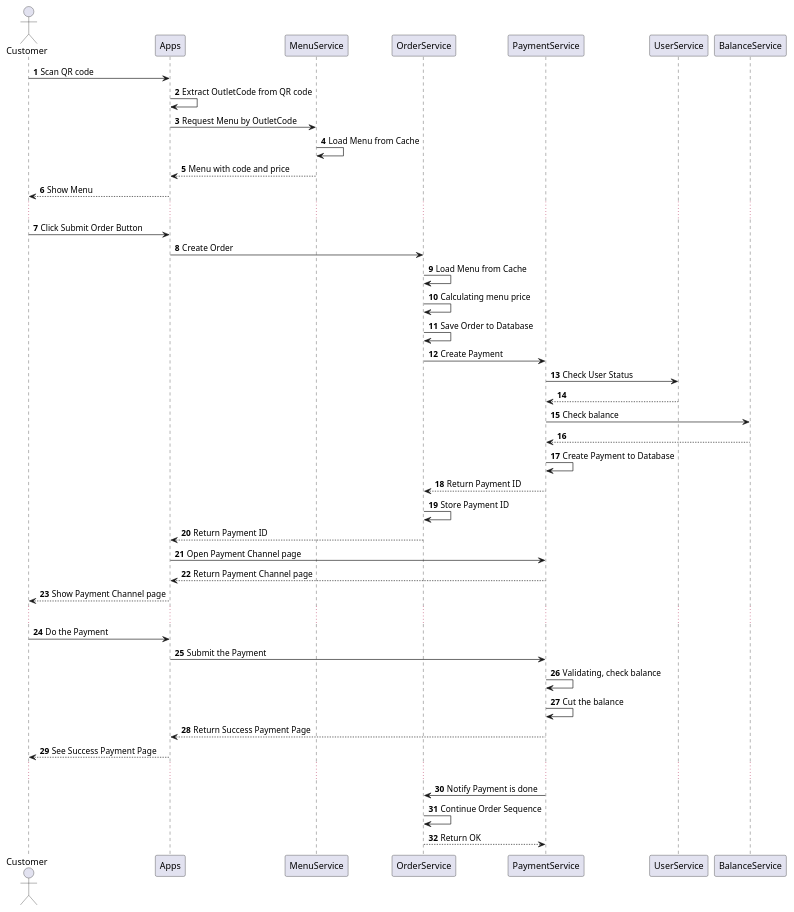
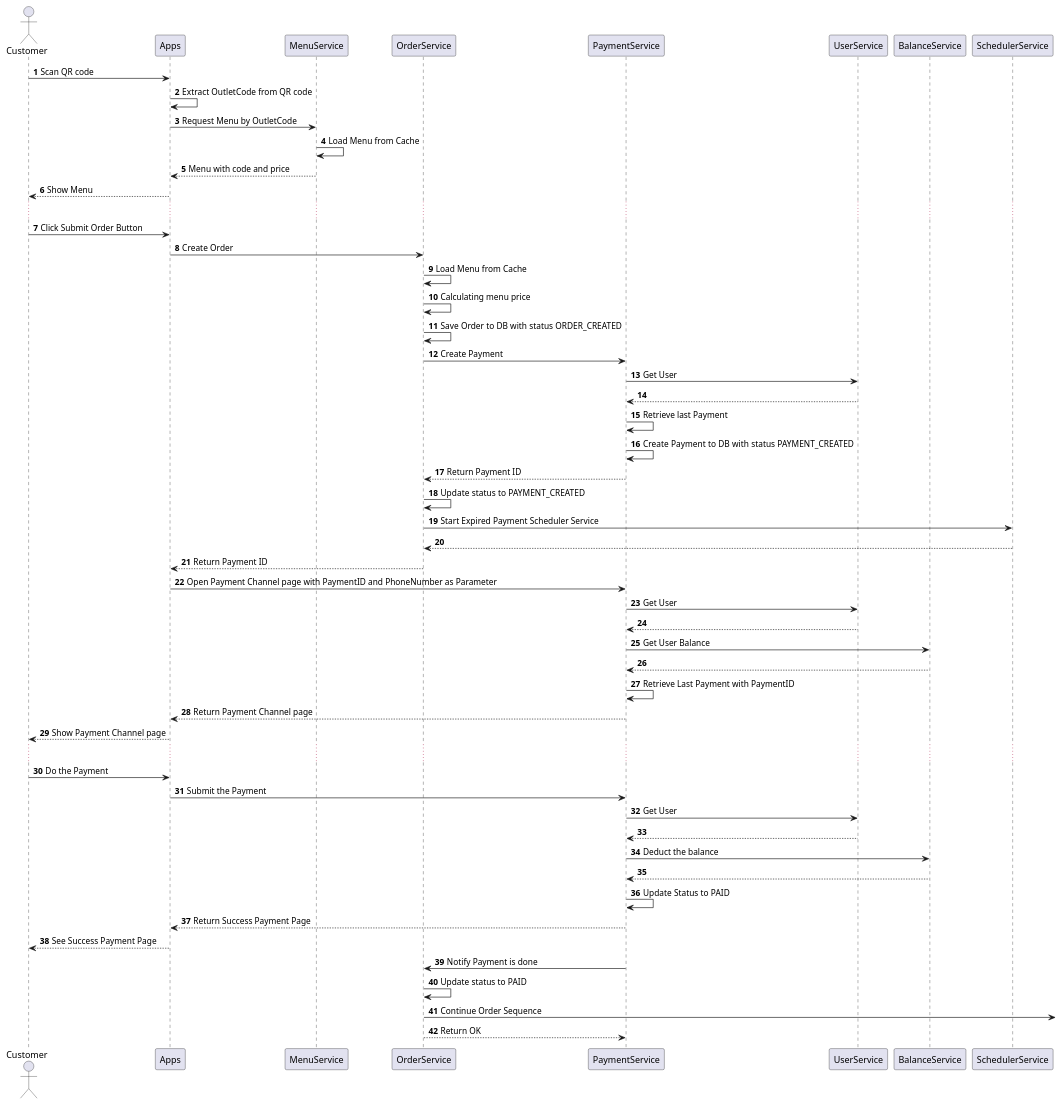
Before and after one commit to mirzaakhena/oms: the diagram in order_flow.pu, drawn with PlantUML. The commit also changed 21 other files, not shown here.

```diff
--- a/order_flow.pu
+++ b/order_flow.pu
@@ -1,54 +1,62 @@
 @startuml Something
 
 autonumber
 actor Customer
 participant Apps
 participant MenuService 
 participant OrderService
 participant PaymentService
 participant UserService
 participant BalanceService
+participant SchedulerService
 
 Customer -> Apps : Scan QR code
 Apps -> Apps : Extract OutletCode from QR code
 Apps -> MenuService : Request Menu by OutletCode
 MenuService -> MenuService : Load Menu from Cache
 MenuService -->  Apps : Menu with code and price
 Apps --> Customer : Show Menu
 
 ...
 
 Customer -> Apps : Click Submit Order Button
 Apps -> OrderService : Create Order
 OrderService -> OrderService : Load Menu from Cache
 OrderService -> OrderService : Calculating menu price
-OrderService -> OrderService : Save Order to Database
+OrderService -> OrderService : Save Order to DB with status ORDER_CREATED
 OrderService -> PaymentService : Create Payment
-PaymentService -> UserService : Check User Status
-UserService --> PaymentService :  
-PaymentService -> BalanceService : Check balance
+PaymentService -> UserService : Get User
+UserService --> PaymentService : 
+PaymentService -> PaymentService : Retrieve last Payment
+PaymentService -> PaymentService : Create Payment to DB with status PAYMENT_CREATED
+PaymentService --> OrderService : Return Payment ID
+OrderService -> OrderService : Update status to PAYMENT_CREATED
+OrderService -> SchedulerService : Start Expired Payment Scheduler Service
+SchedulerService --> OrderService :
+OrderService --> Apps : Return Payment ID
+Apps -> PaymentService : Open Payment Channel page with PaymentID and PhoneNumber as Parameter
+PaymentService -> UserService : Get User
+UserService --> PaymentService :
+PaymentService -> BalanceService : Get User Balance
 BalanceService --> PaymentService : 
-PaymentService -> PaymentService : Create Payment to Database
-PaymentService --> OrderService : Return Payment ID
-OrderService -> OrderService : Store Payment ID
-OrderService --> Apps : Return Payment ID
-Apps -> PaymentService : Open Payment Channel page 
+PaymentService -> PaymentService : Retrieve Last Payment with PaymentID
 PaymentService --> Apps : Return Payment Channel page 
 Apps --> Customer : Show Payment Channel page 
 
 ...
 
 Customer -> Apps : Do the Payment
 Apps -> PaymentService : Submit the Payment
-PaymentService -> PaymentService : Validating, check balance
-PaymentService -> PaymentService : Cut the balance
+PaymentService -> UserService : Get User
+UserService --> PaymentService :
+PaymentService -> BalanceService : Deduct the balance
+BalanceService --> PaymentService :
+PaymentService -> PaymentService : Update Status to PAID
 PaymentService --> Apps : Return Success Payment Page
 Apps --> Customer : See Success Payment Page
-
-...
-
 PaymentService -> OrderService : Notify Payment is done
-OrderService -> OrderService : Continue Order Sequence
+OrderService -> OrderService : Update status to PAID
+OrderService ->  : Continue Order Sequence
 OrderService --> PaymentService: Return OK
 
 @enduml
```
